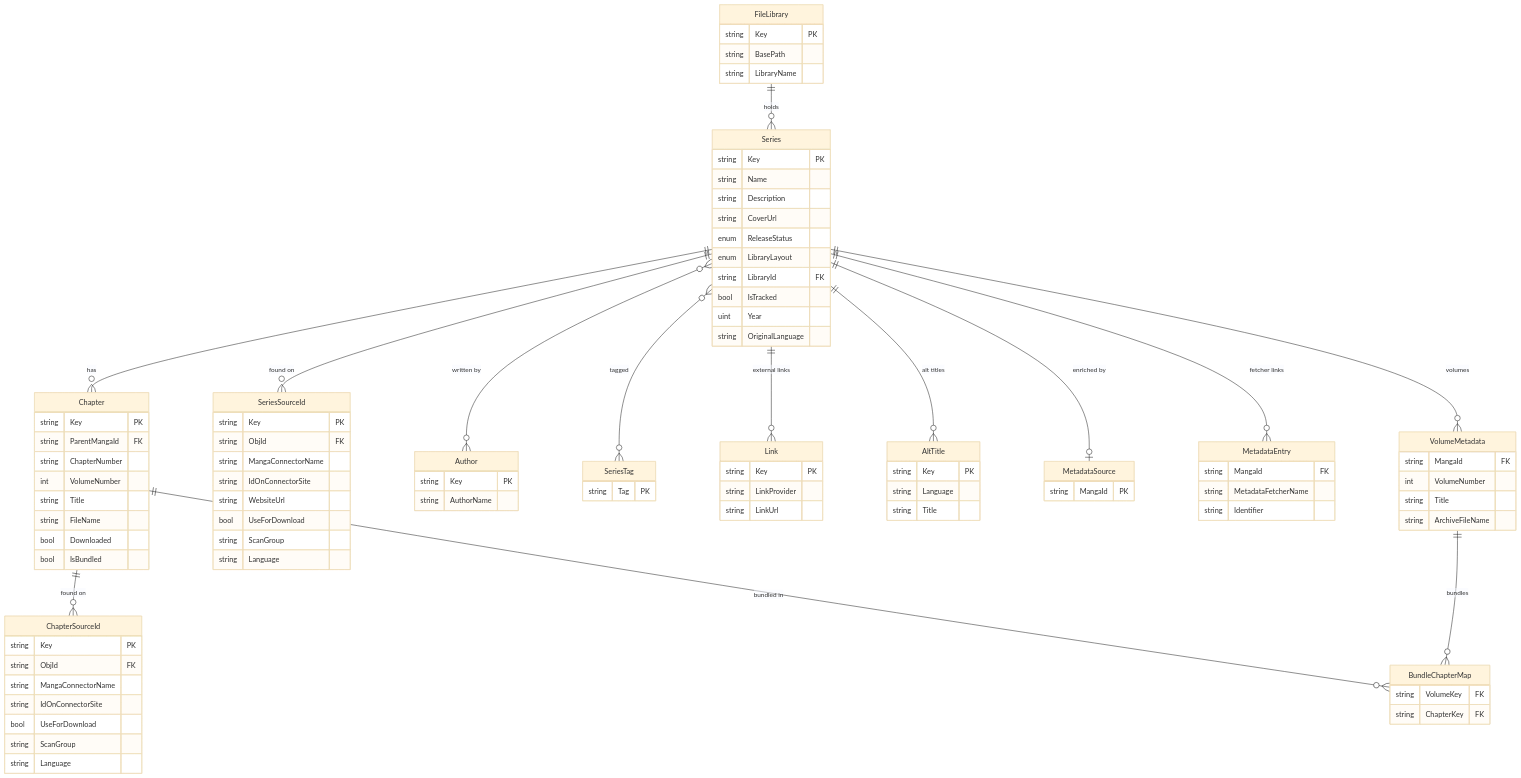
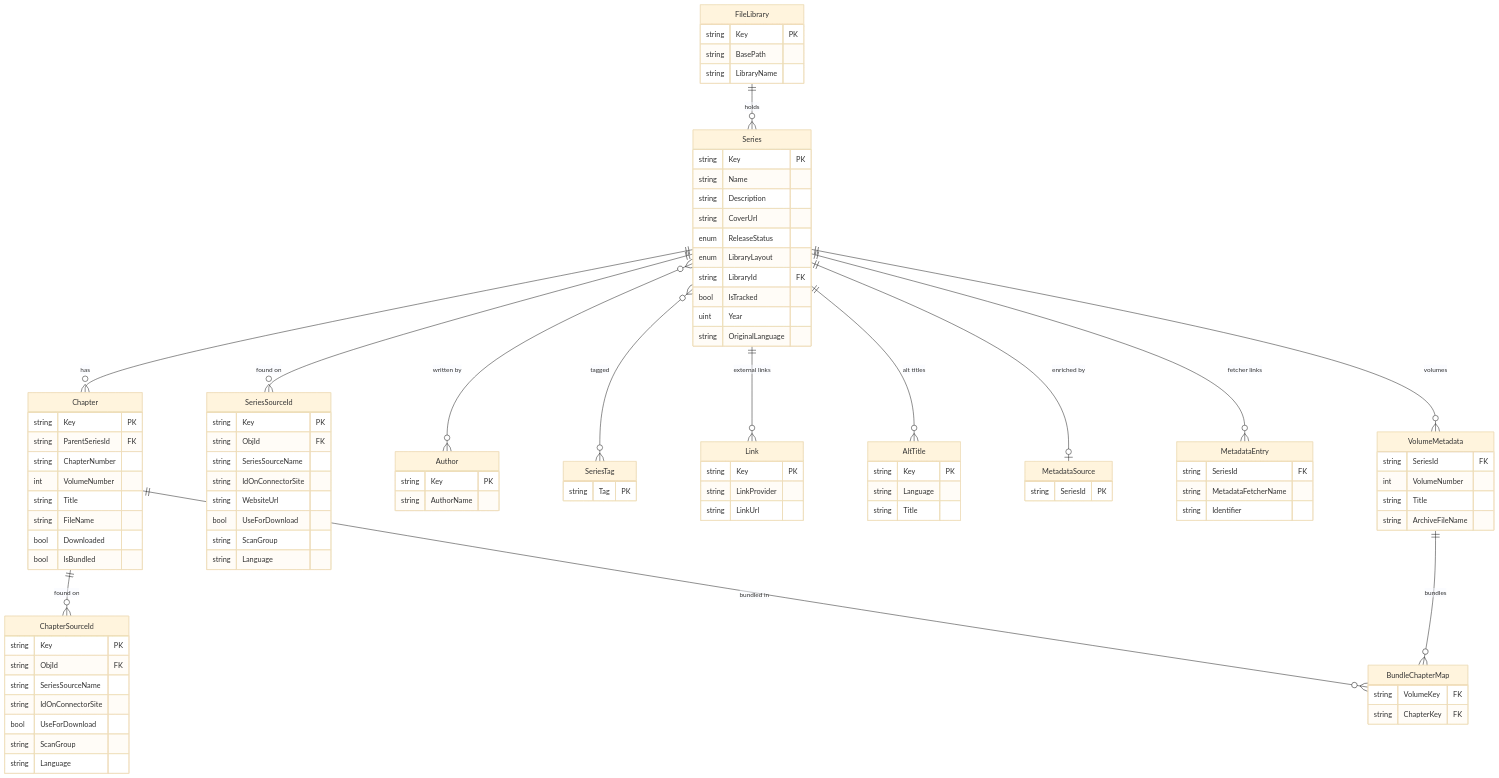
Before and after one commit to chutch3/kenku: the diagram in api/docs/SCHEMA.md, drawn with Mermaid (base theme). The commit also changed other lines of this file and 2 other files, not shown here.

Commit message:
chore: remove resolved tech-debt doc and the stale duplicate migration script

```diff
--- a/api/docs/SCHEMA.md
+++ b/api/docs/SCHEMA.md
@@ -34,7 +34,7 @@
     }
     Chapter {
         string Key PK
-        string ParentMangaId FK
+        string ParentSeriesId FK
         string ChapterNumber
         int    VolumeNumber
         string Title
@@ -45,7 +45,7 @@
     SeriesSourceId {
         string Key PK
         string ObjId FK
-        string MangaConnectorName
+        string SeriesSourceName
         string IdOnConnectorSite
         string WebsiteUrl
         bool   UseForDownload
@@ -55,7 +55,7 @@
     ChapterSourceId {
         string Key PK
         string ObjId FK
-        string MangaConnectorName
+        string SeriesSourceName
         string IdOnConnectorSite
         bool   UseForDownload
         string ScanGroup
@@ -84,15 +84,15 @@
         string Title
     }
     MetadataSource {
-        string MangaId PK
+        string SeriesId PK
     }
     MetadataEntry {
-        string MangaId FK
+        string SeriesId FK
         string MetadataFetcherName
         string Identifier
     }
     VolumeMetadata {
-        string MangaId FK
+        string SeriesId FK
         int    VolumeNumber
         string Title
         string ArchiveFileName
```
